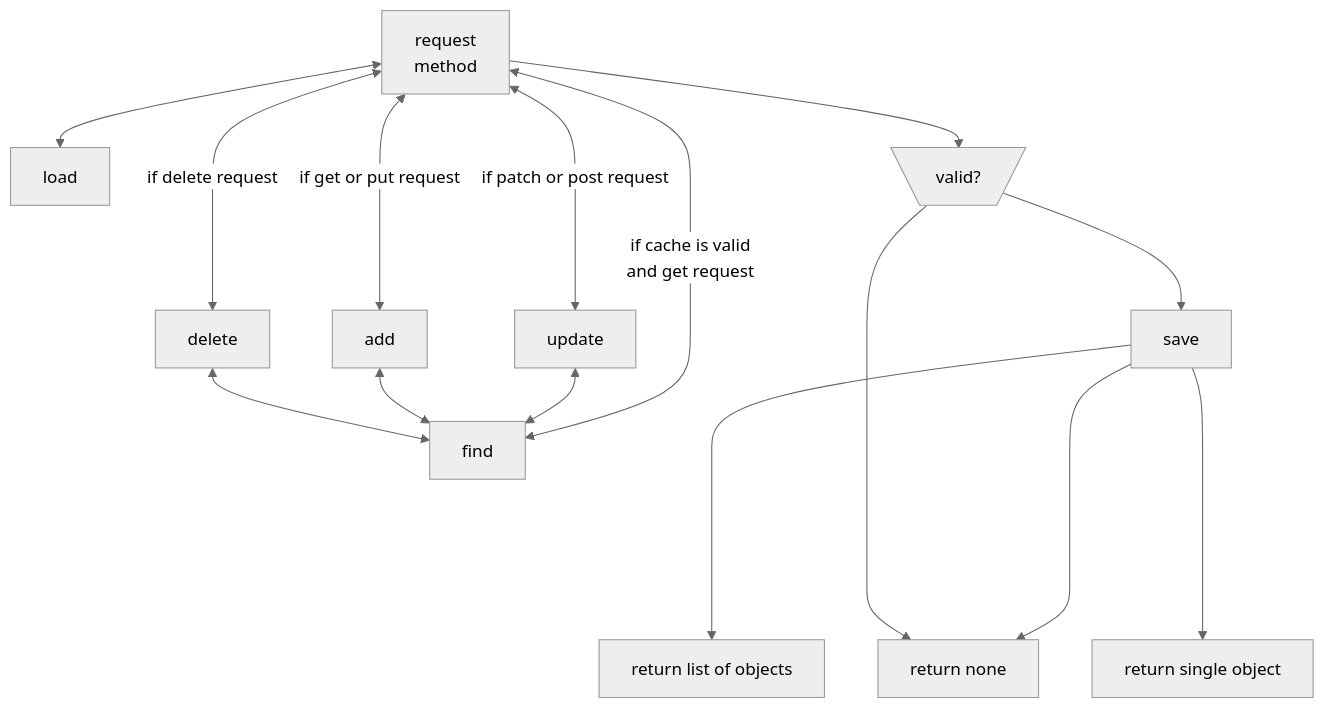
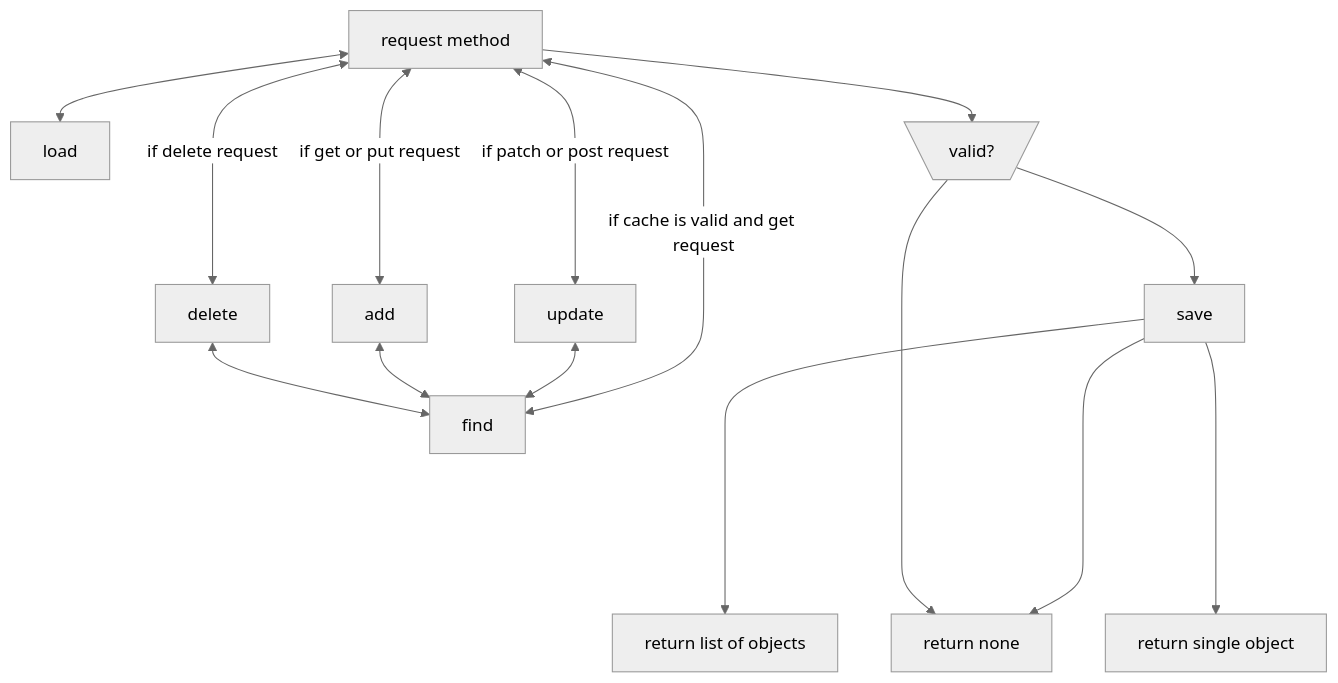
One commit to ddkasa/toggl-api-wrapper changed the diagram in docs/static/mermaid/cache.mmd. Above: the diagram before and after it, drawn with Mermaid (neutral theme). The commit also changed 2 other files, not shown here.

Commit message:
docs(mermaid): update diagrams

```diff
--- a/docs/static/mermaid/cache.mmd
+++ b/docs/static/mermaid/cache.mmd
@@ -1,12 +1,12 @@
 flowchart TD
     request <--> load
     request <-->|if delete request|delete <--> find
     request <--> |if get or put request|add <--> find
     request <---> |if patch or post request|update  <--> find
-    request <---> |if cache is valid \n and get request| find
+    request <---> |if cache is valid and get request| find
 
-    request[request\n method] --> valid[\valid?/] --> save
+    request[request method] --> valid[\valid?/] --> save
     valid ----> returnn
     save -----> returnl[return list of objects]
     save -----> returnn[return none]
     save -----> returno[return single object]
```
